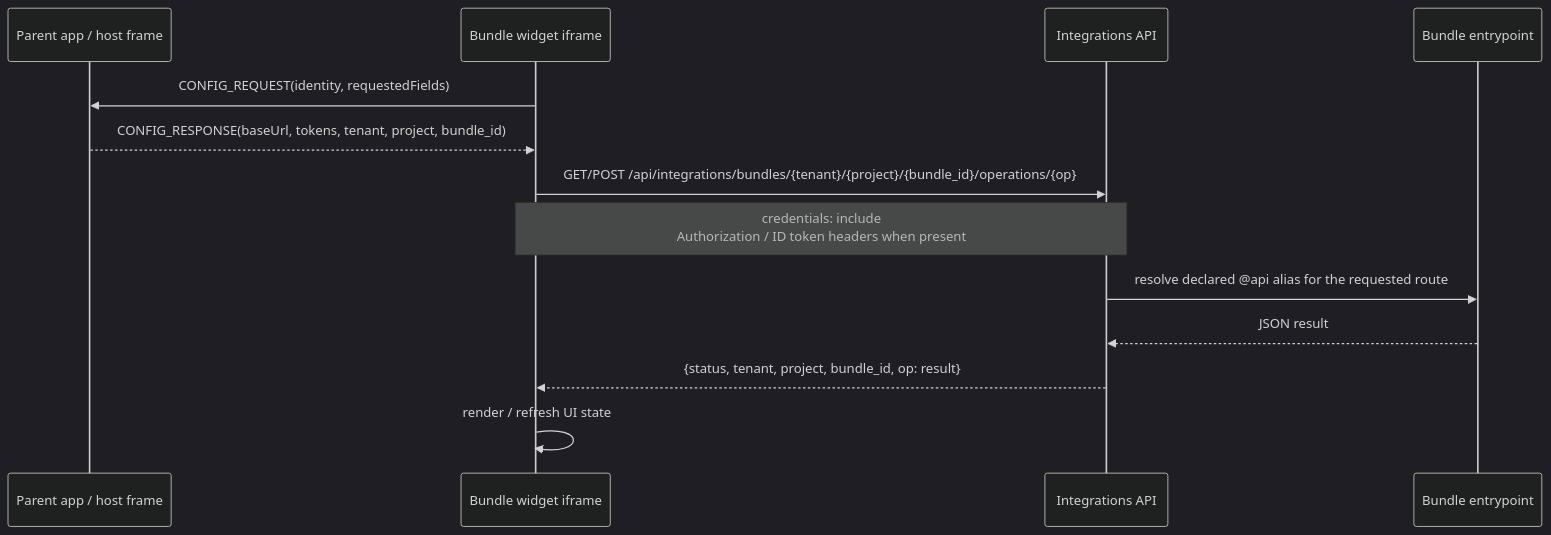
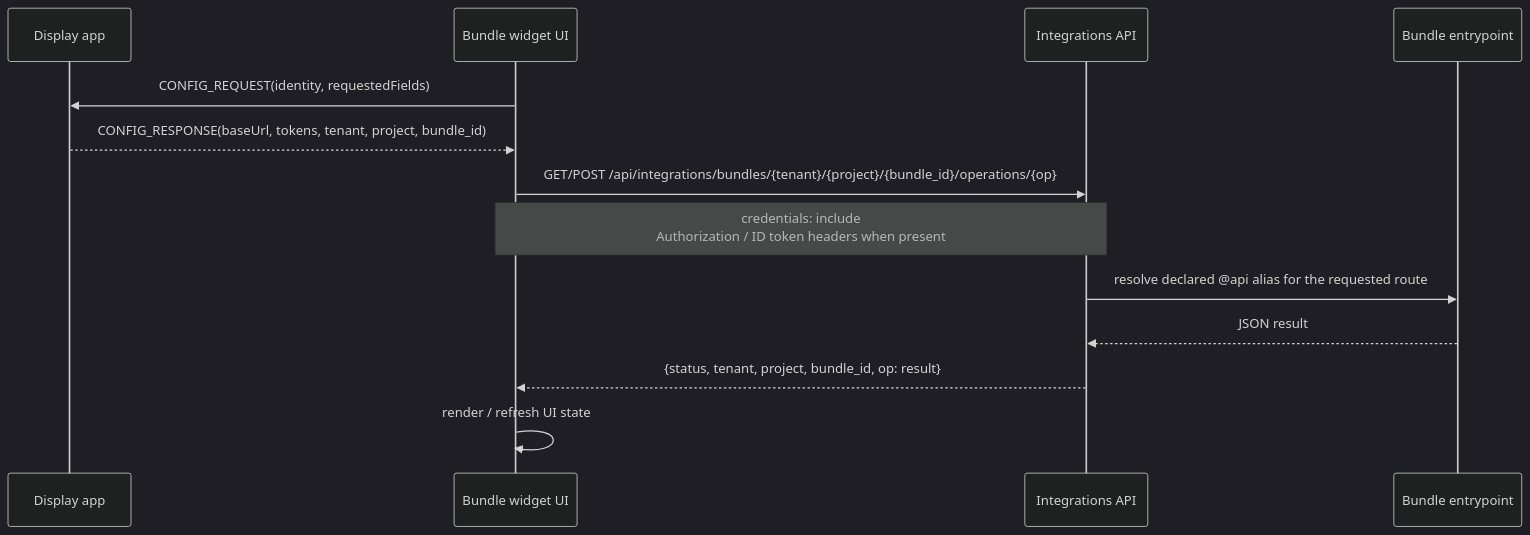
Before and after one commit to kdcube/kdcube: the third of 3 diagrams in app/ai-app/docs/sdk/bundle/bundle-interfaces-README.md, drawn with Mermaid (dark theme). The commit also changed other lines of this file and 15 other files, not shown here.

````diff
--- a/app/ai-app/docs/sdk/bundle/bundle-interfaces-README.md
+++ b/app/ai-app/docs/sdk/bundle/bundle-interfaces-README.md
@@ -452,17 +452,17 @@
 ```mermaid
 sequenceDiagram
-    participant Host as Parent app / host frame
-    participant Widget as Bundle widget iframe
+    participant Host as Display app
+    participant Widget as Bundle widget UI
     participant API as Integrations API
     participant Bundle as Bundle entrypoint
 
     Widget->>Host: CONFIG_REQUEST(identity, requestedFields)
     Host-->>Widget: CONFIG_RESPONSE(baseUrl, tokens, tenant, project, bundle_id)
 
     Widget->>API: GET/POST /api/integrations/bundles/{tenant}/{project}/{bundle_id}/operations/{op}
     Note over Widget,API: credentials: include<br/>Authorization / ID token headers when present
     API->>Bundle: resolve declared @api alias for the requested route
     Bundle-->>API: JSON result
     API-->>Widget: {status, tenant, project, bundle_id, op: result}
     Widget->>Widget: render / refresh UI state
 ```
````
